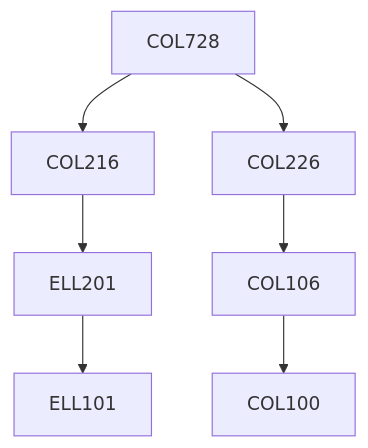
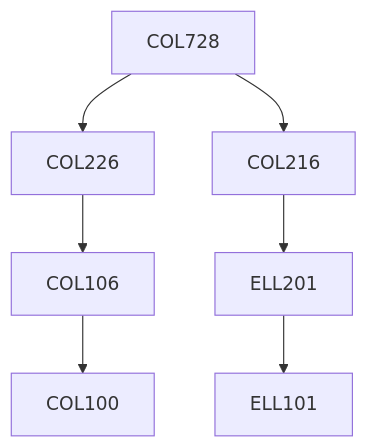
One commit to KeshavBansal0122/CoS_Website changed the diagram in content/Computer Science and Engineering/COL728.md. Above: the diagram before and after it, drawn with Mermaid. The commit also changed other lines of this file and 392 other files, not shown here.

````diff
--- a/content/Computer Science and Engineering/COL728.md
+++ b/content/Computer Science and Engineering/COL728.md
@@ -15,13 +15,13 @@
 ```mermaid
 flowchart TD
 COL728-201[COL728]
-ELL201-201 --> ELL101-201[ELL101]
-COL728-201 --> COL216-201[COL216]
 COL728-201 --> COL226-201[COL226]
-COL106-201 --> COL100-201[COL100]
 COL226-201 --> COL106-201[COL106]
 COL216-201 --> ELL201-201[ELL201]
+COL728-201 --> COL216-201[COL216]
+COL106-201 --> COL100-201[COL100]
+ELL201-201 --> ELL101-201[ELL101]
 
 classDef empty height:17px, fill:transparent, stroke:transparent;
 classDef trueEmpty height:0px, width:0px;
 ```
````
